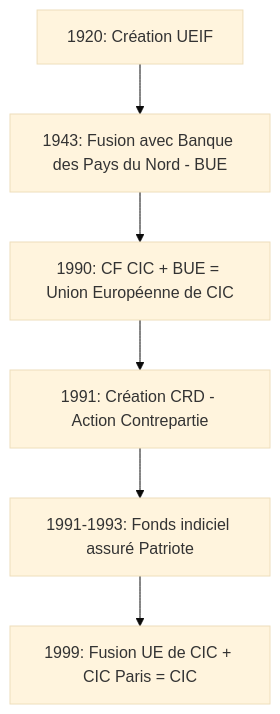
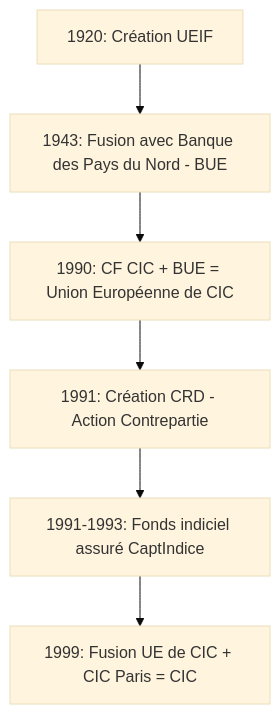
Before and after one commit to emergix/BUE_Capindice: the second of 3 diagrams in README.md, drawn with Mermaid (base theme). The commit also changed other lines of this file, not shown here.

````diff
--- a/README.md
+++ b/README.md
@@ -214,14 +214,14 @@
 ```mermaid
 graph TB
     1920[1920: Création UEIF]
     1920 --> 1943
     1943[1943: Fusion avec Banque des Pays du Nord - BUE]
     1943 --> 1990
     1990[1990: CF CIC + BUE = Union Européenne de CIC]
     1990 --> 1991
     1991[1991: Création CRD - Action Contrepartie]
     1991 --> 1993
-    1993[1991-1993: Fonds indiciel assuré Patriote]
+    1993[1991-1993: Fonds indiciel assuré CaptIndice]
     1993 --> 1999
     1999[1999: Fusion UE de CIC + CIC Paris = CIC]
 ```
````
